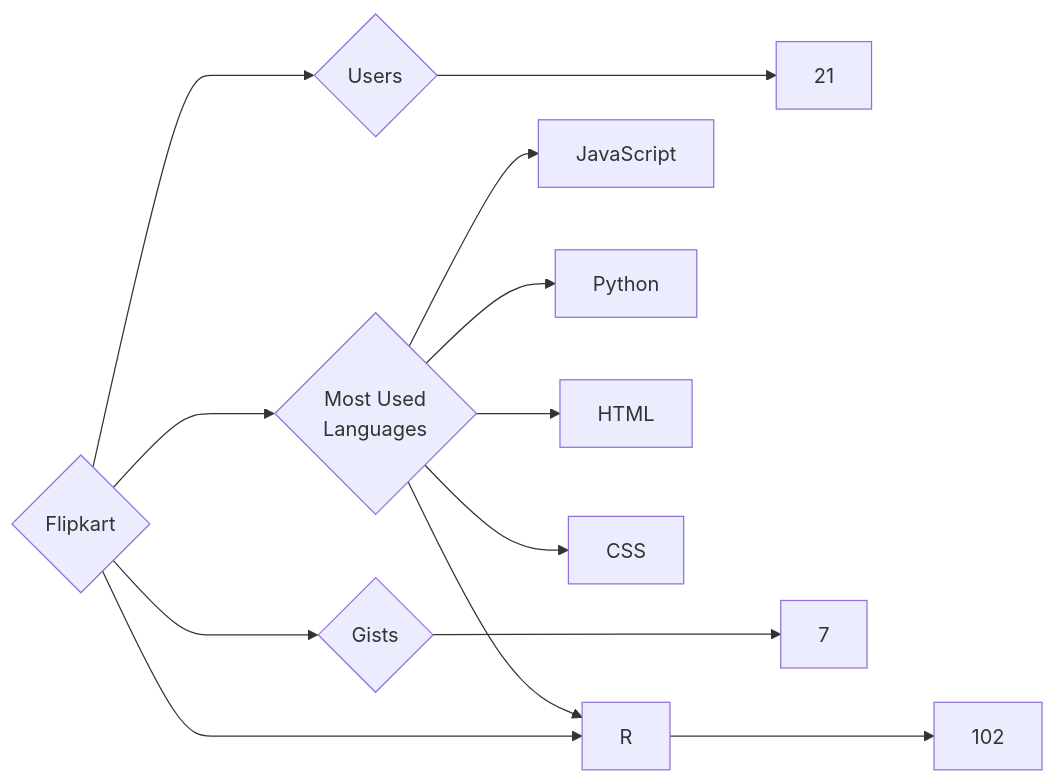
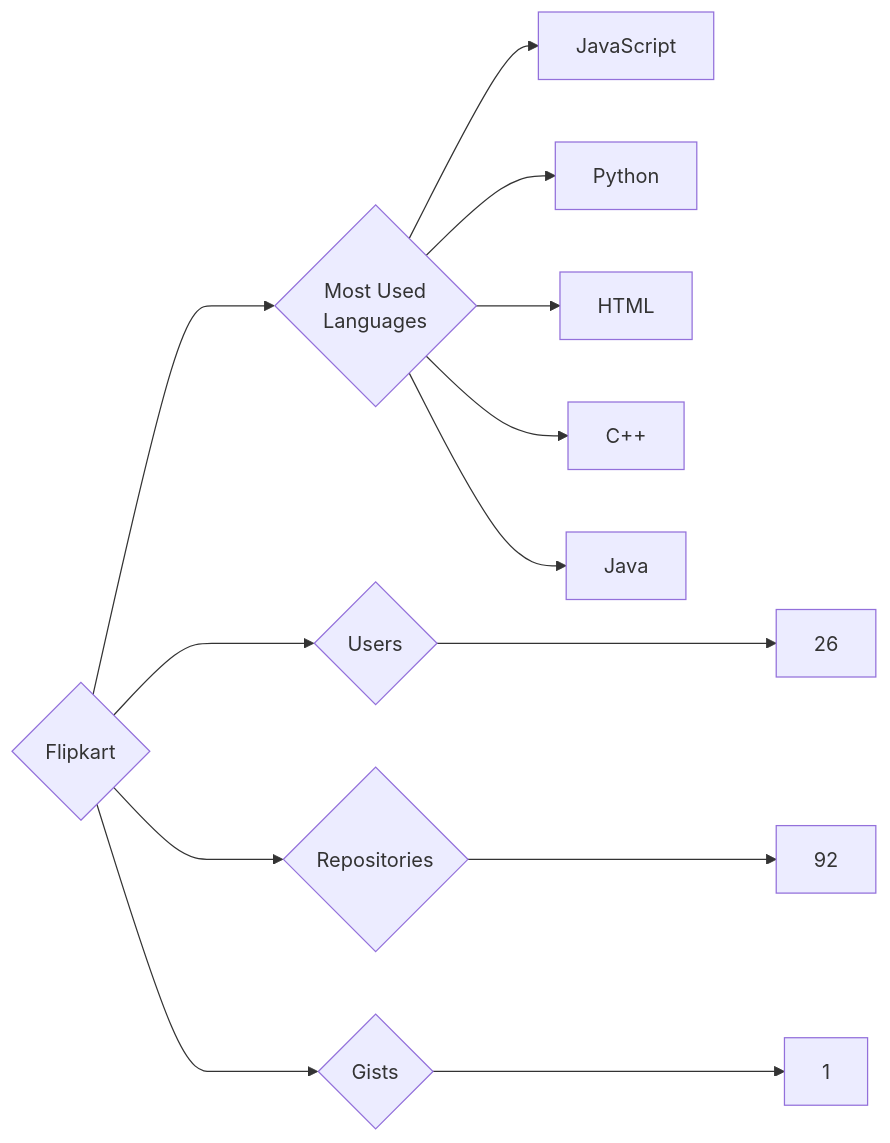
The diagram in targets/Flipkart/README.md (trickest/insiders), drawn with Mermaid before and after one commit. The commit also changed 927 other files, not shown here.

````diff
--- a/targets/Flipkart/README.md
+++ b/targets/Flipkart/README.md
@@ -3,13 +3,13 @@
 ```mermaid
 graph LR
 COMPANY_NAME{Flipkart}
-COMPANY_NAME ---> U{Users} ---> UN[21]
-COMPANY_NAME ---> R{Repositories} ---> RN[102]
-COMPANY_NAME ---> G{Gists} ---> GN[7]
+COMPANY_NAME ---> U{Users} ---> UN[26]
+COMPANY_NAME ---> R{Repositories} ---> RN[92]
+COMPANY_NAME ---> G{Gists} ---> GN[1]
 COMPANY_NAME ---> ML{Most Used<br>Languages}
 ML --> JavaScript[JavaScript]
 ML --> Python[Python]
 ML --> HTML[HTML]
-ML --> R[R]
-ML --> CSS[CSS]
+ML --> C++[C++]
+ML --> Java[Java]
 ```
````
